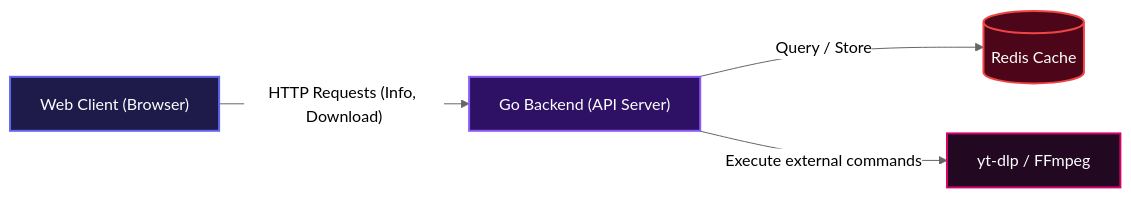
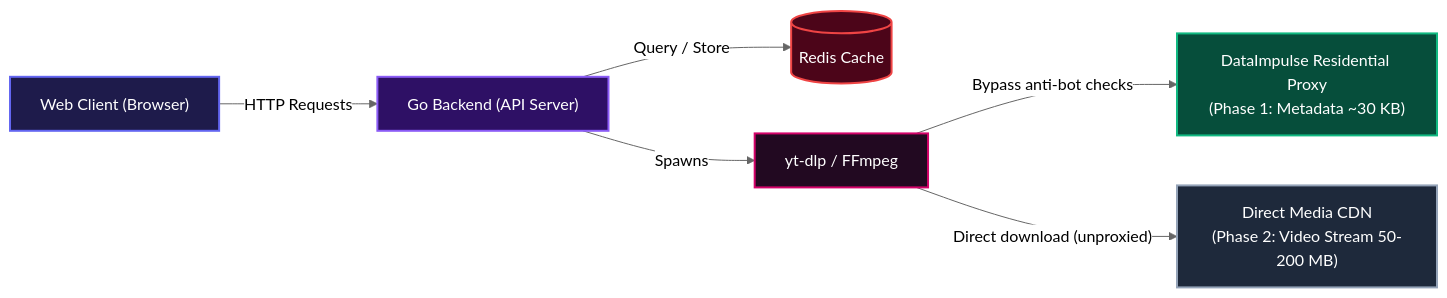
The third of 3 diagrams in README.md (samueltuoyo15/SaveIt), drawn with Mermaid (neutral theme) before and after one commit. The commit also changed other lines of this file and 4 other files, not shown here.

Commit message:
feat(ytdlp): add residential proxy support via DATAIMPULSE_PROXY_URL and update docs

````diff
--- a/README.md
+++ b/README.md
@@ -103,16 +112,22 @@
 ```mermaid
 flowchart LR
     WebClient["Web Client (Browser)"]
     GoBackend["Go Backend (API Server)"]
-    YTDLPFFMPEG["yt-dlp / FFmpeg"]
     Redis[("Redis Cache")]
+    YTDLP["yt-dlp / FFmpeg"]
+    DataImpulse["DataImpulse Residential Proxy<br/>(Phase 1: Metadata ~30 KB)"]
+    DirectCDN["Direct Media CDN<br/>(Phase 2: Video Stream 50-200 MB)"]
 
-    WebClient -- "HTTP Requests (Info, Download)" --> GoBackend
+    WebClient -- "HTTP Requests" --> GoBackend
     GoBackend -- "Query / Store" --> Redis
-    GoBackend -- "Execute external commands" --> YTDLPFFMPEG
+    GoBackend -- "Spawns" --> YTDLP
+    YTDLP -- "Bypass anti-bot checks" --> DataImpulse
+    YTDLP -- "Direct download (unproxied)" --> DirectCDN
 
     style WebClient fill:#1e1b4b,stroke:#6366f1,stroke-width:2px,color:#fff
     style GoBackend fill:#2e1065,stroke:#8b5cf6,stroke-width:2px,color:#fff
-    style YTDLPFFMPEG fill:#220921,stroke:#d4036a,stroke-width:2px,color:#fff
     style Redis fill:#4c0519,stroke:#ef4444,stroke-width:2px,color:#fff
+    style YTDLP fill:#220921,stroke:#d4036a,stroke-width:2px,color:#fff
+    style DataImpulse fill:#064e3b,stroke:#10b981,stroke-width:2px,color:#fff
+    style DirectCDN fill:#1e293b,stroke:#94a3b8,stroke-width:2px,color:#fff
 ```
````
